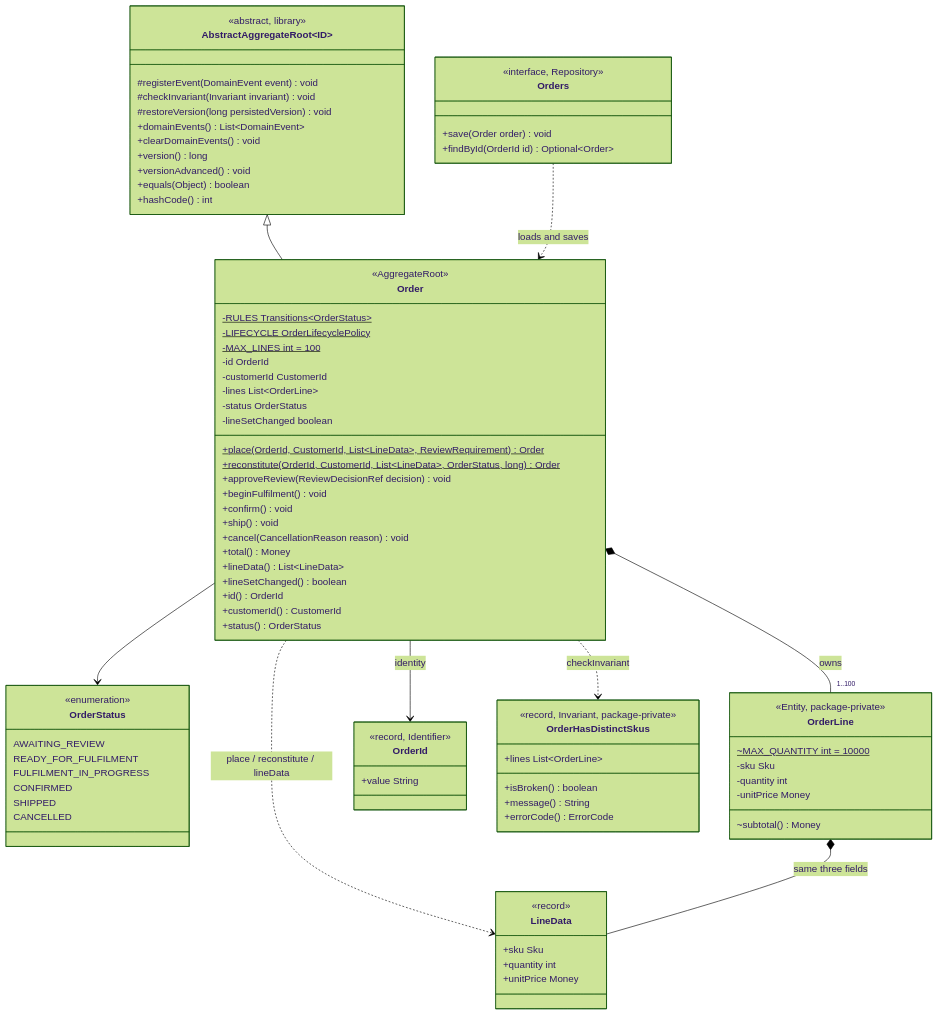
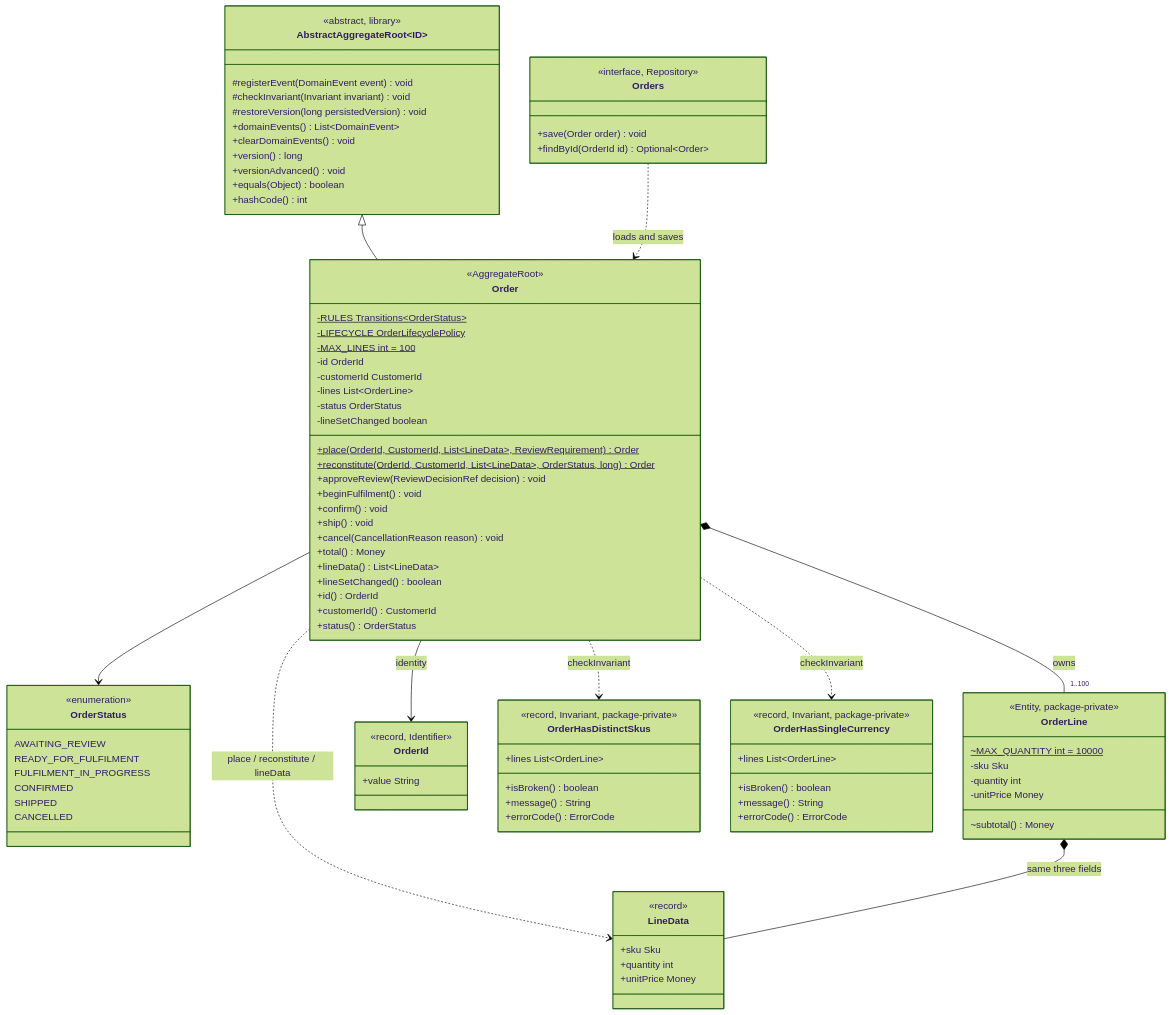
One commit to ryan-alexander-zhang/ai-native-project-template changed the first of 9 diagrams in aipersimmon-ddd-scaffold/multi-module/docs/class-diagram.md. Above: the diagram before and after it, drawn with Mermaid (forest theme). The commit also changed other lines of this file and 5 other files, not shown here.

````diff
--- a/aipersimmon-ddd-scaffold/multi-module/docs/class-diagram.md
+++ b/aipersimmon-ddd-scaffold/multi-module/docs/class-diagram.md
@@ -98,6 +99,13 @@
         +message() String
         +errorCode() ErrorCode
     }
+    class OrderHasSingleCurrency {
+        <<record, Invariant, package-private>>
+        +lines List~OrderLine~
+        +isBroken() boolean
+        +message() String
+        +errorCode() ErrorCode
+    }
 
     AbstractAggregateRoot <|-- Order
     Order *-- "1..100" OrderLine : owns
@@ -105,6 +113,7 @@
     Order --> OrderId : identity
     Order ..> LineData : place / reconstitute / lineData
     Order ..> OrderHasDistinctSkus : checkInvariant
+    Order ..> OrderHasSingleCurrency : checkInvariant
     OrderLine *-- LineData : same three fields
     Orders ..> Order : loads and saves
 ```
````
